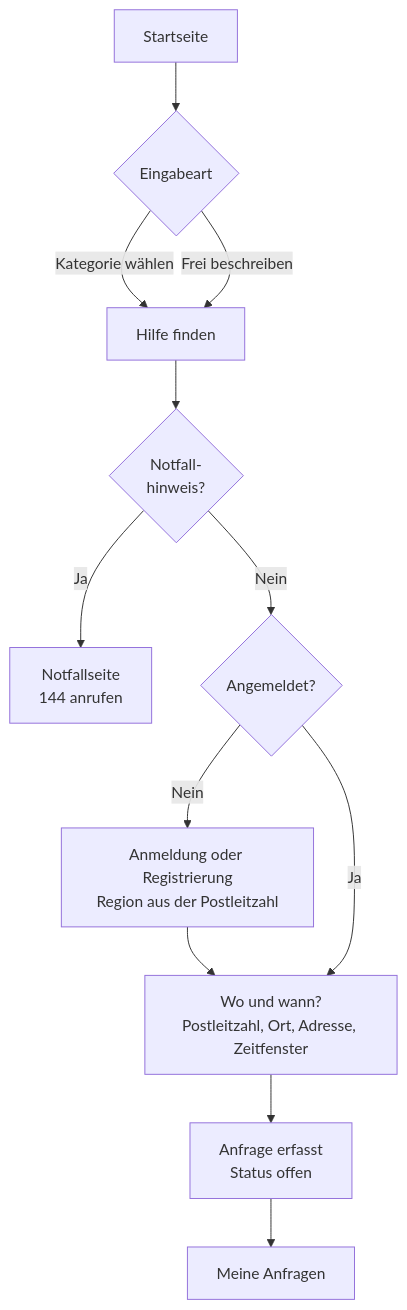
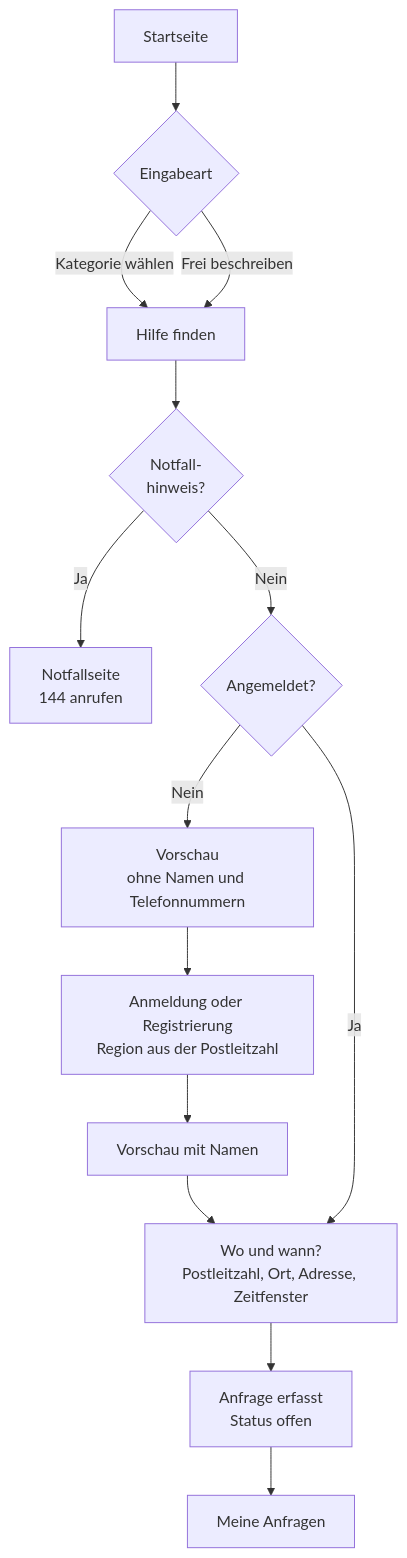
Before and after one commit to maliswiss/soforthilfe-bern-mittelland: the first of 2 diagrams in docs/screenflow.md, drawn with Mermaid. The commit also changed other lines of this file and 21 other files, not shown here.

Commit message:
R2: Vorschau ohne Anmeldung mit gestaffelter Preisgabe (Refs #47)

````diff
--- a/docs/screenflow.md
+++ b/docs/screenflow.md
@@ -18,14 +18,16 @@
 ```mermaid
 flowchart TD
     S["Startseite"] --> I{"Eingabeart"}
     I -->|"Kategorie wählen"| H["Hilfe finden"]
     I -->|"Frei beschreiben"| H
     H --> N{"Notfall-<br/>hinweis?"}
     N -->|"Ja"| NF["Notfallseite<br/>144 anrufen"]
     N -->|"Nein"| A{"Angemeldet?"}
-    A -->|"Nein"| AN["Anmeldung oder Registrierung<br/>Region aus der Postleitzahl"]
-    AN --> E
+    A -->|"Nein"| VS["Vorschau<br/>ohne Namen und Telefonnummern"]
+    VS --> AN["Anmeldung oder Registrierung<br/>Region aus der Postleitzahl"]
+    AN --> VS2["Vorschau mit Namen"]
+    VS2 --> E
     A -->|"Ja"| E["Wo und wann?<br/>Postleitzahl, Ort, Adresse, Zeitfenster"]
     E --> D["Anfrage erfasst<br/>Status offen"]
     D --> M["Meine Anfragen"]
 ```
````
